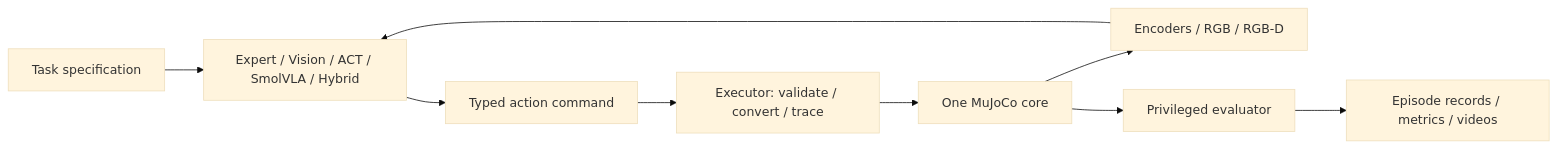
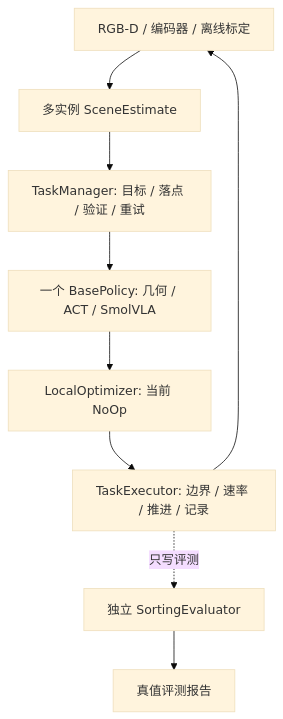
One commit to JHChampagne/Multi-strategy-embodied-sorting changed the diagram in docs/ARCHITECTURE.md. Above: the diagram before and after it, drawn with Mermaid (base theme). The commit also changed other lines of this file and 26 other files, not shown here.

Commit message:
Implement seven-object visual sorting with task and optimizer contracts

````diff
--- a/docs/ARCHITECTURE.md
+++ b/docs/ARCHITECTURE.md
@@ -3,11 +3,11 @@
 ```mermaid
-flowchart LR
-  Task[Task specification] --> Policy
-  Sim[One MuJoCo core] --> Obs[Encoders / RGB / RGB-D]
-  Obs --> Policy
-  Policy[Expert / Vision / ACT / SmolVLA / Hybrid] --> Cmd[Typed action command]
-  Cmd --> Executor[Executor: validate / convert / trace]
-  Executor --> Sim
-  Sim --> Eval[Privileged evaluator]
-  Eval --> Report[Episode records / metrics / videos]
+flowchart TD
+    Sensor[RGB-D / 编码器 / 离线标定] --> Scene[多实例 SceneEstimate]
+    Scene --> Manager[TaskManager: 目标 / 落点 / 验证 / 重试]
+    Manager --> Base[一个 BasePolicy: 几何 / ACT / SmolVLA]
+    Base --> Opt[LocalOptimizer: 当前 NoOp]
+    Opt --> Exec[TaskExecutor: 边界 / 速率 / 推进 / 记录]
+    Exec --> Sensor
+    Exec -. 只写评测 .-> Audit[独立 SortingEvaluator]
+    Audit --> Report[真值评测报告]
 ```
````
